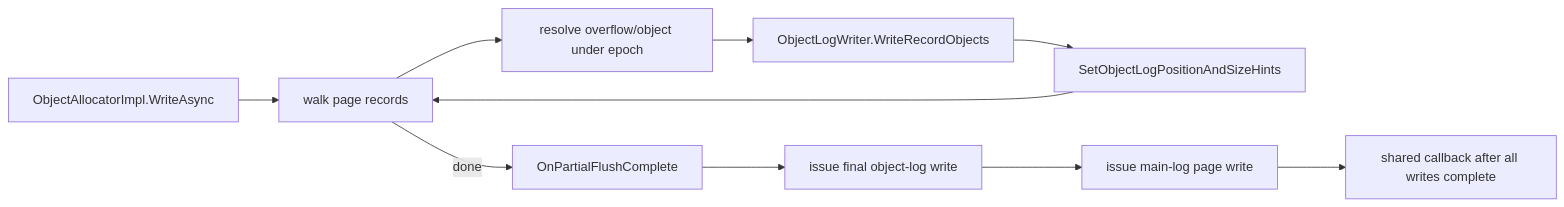
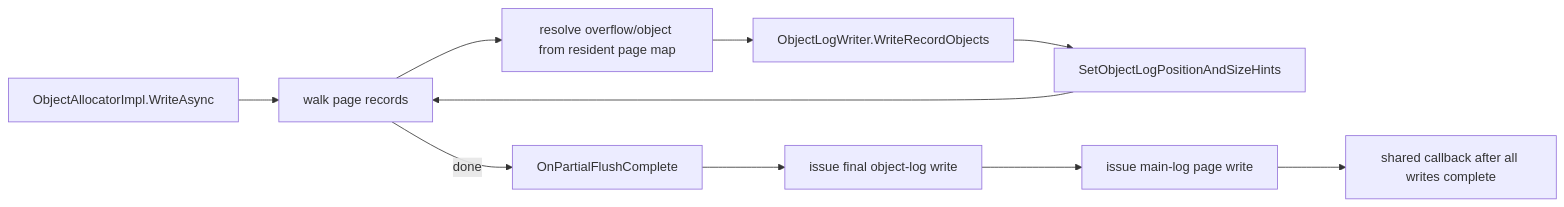
One commit to microsoft/garnet changed the diagram in website/docs/dev/tsavorite/objectlog-serialization.md. Above: the diagram before and after it, drawn with Mermaid. The commit also changed other lines of this file and 17 other files, not shown here.

````diff
--- a/website/docs/dev/tsavorite/objectlog-serialization.md
+++ b/website/docs/dev/tsavorite/objectlog-serialization.md
@@ -377,12 +377,12 @@
 ```mermaid
 flowchart LR
     A[ObjectAllocatorImpl.WriteAsync] --> B[walk page records]
-    B --> C[resolve overflow/object under epoch]
+    B --> C[resolve overflow/object from resident page map]
     C --> D[ObjectLogWriter.WriteRecordObjects]
     D --> E[SetObjectLogPositionAndSizeHints]
     E --> B
     B -->|done| F[OnPartialFlushComplete]
     F --> G[issue final object-log write]
     G --> H[issue main-log page write]
     H --> I[shared callback after all writes complete]
 ```
````
